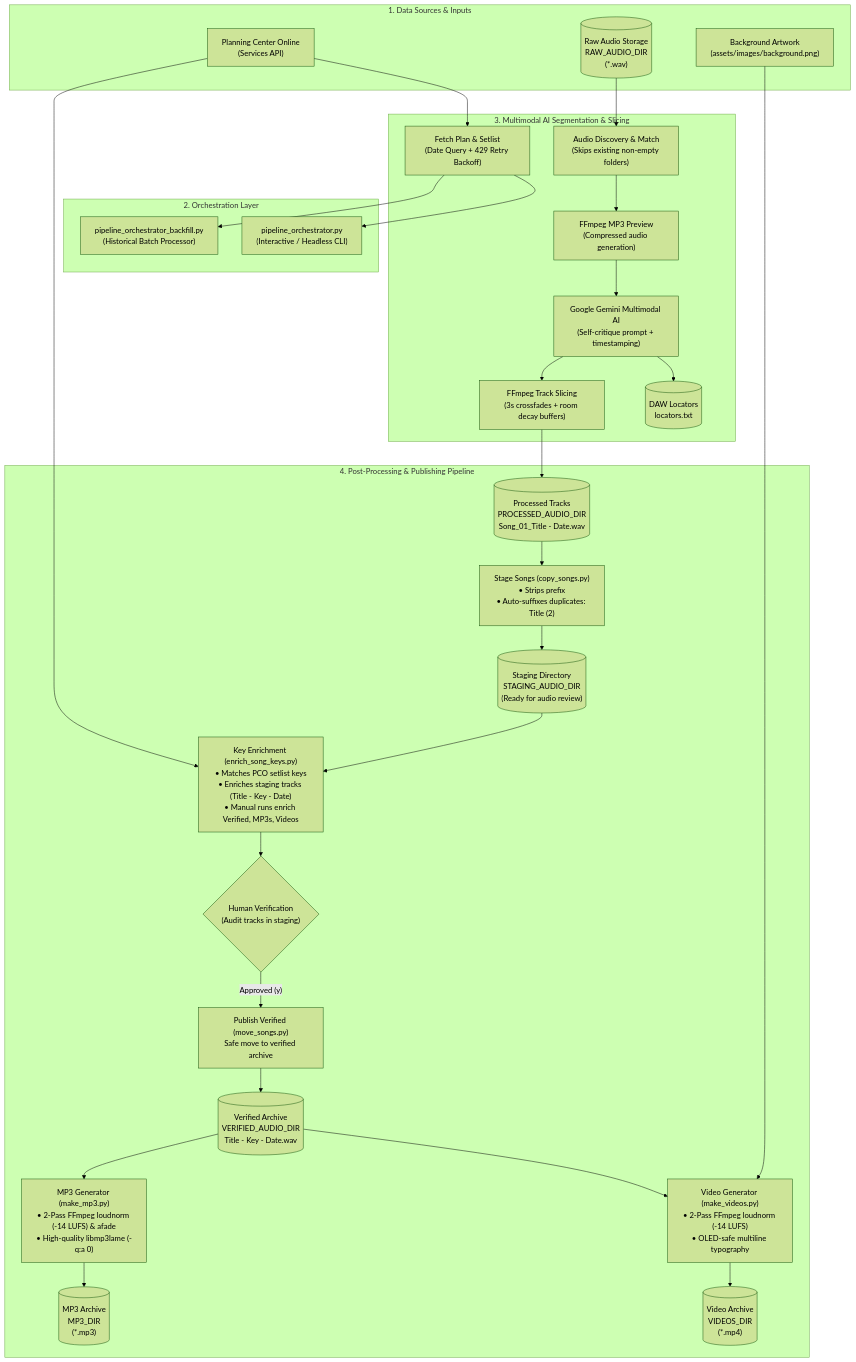
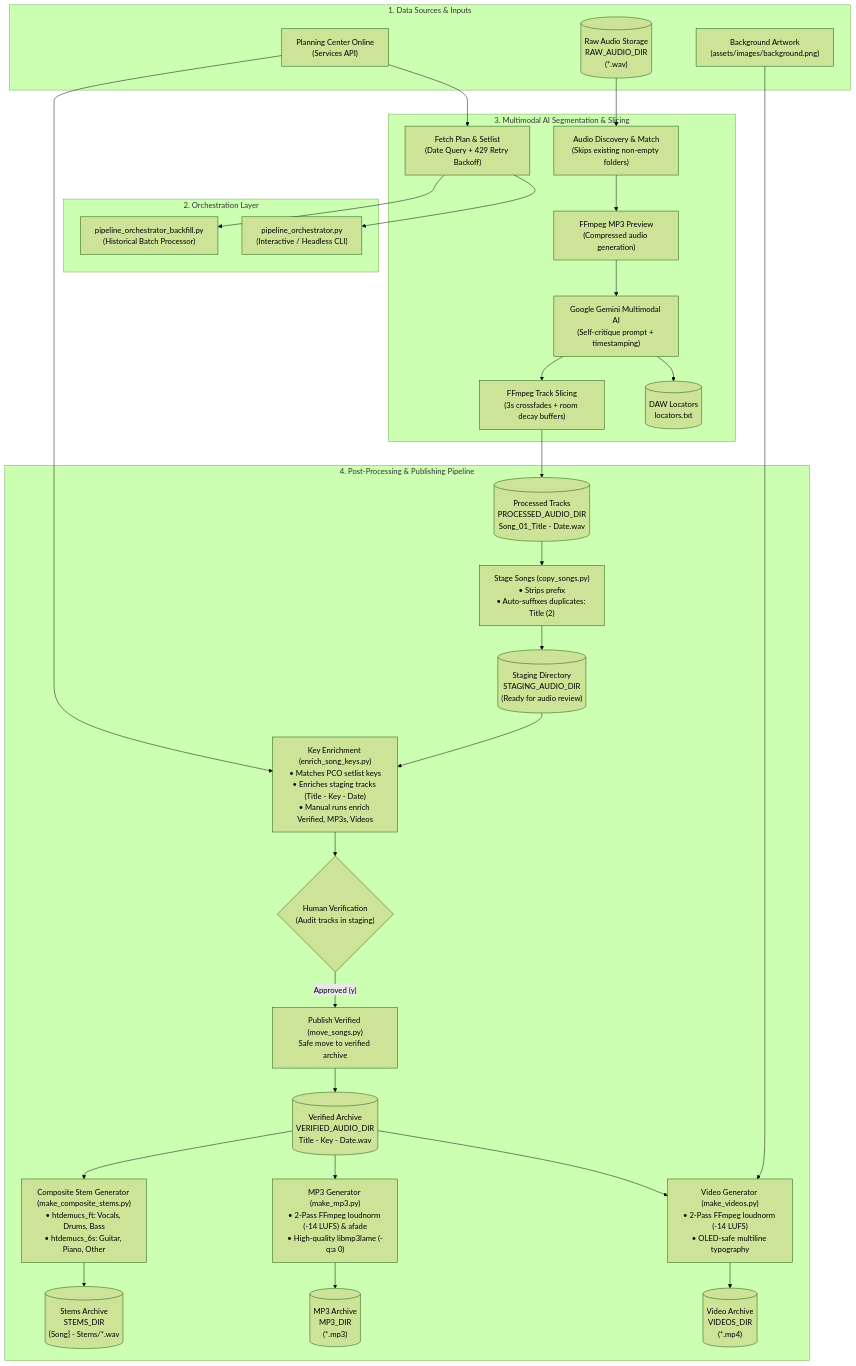
Before and after one commit to m4dc0w/song-recording-catalog-pipeline: the diagram in README.md, drawn with Mermaid (forest theme). The commit also changed other lines of this file and 11 other files, not shown here.

First line of the commit message:
feat: add Demucs-based composite stem generation

````diff
--- a/README.md
+++ b/README.md
@@ -29,64 +30,68 @@
 ```mermaid
 flowchart TD
     %% External Inputs & APIs
     subgraph Inputs["1. Data Sources & Inputs"]
         PCO["Planning Center Online<br/>(Services API)"]
         RawAudio[("Raw Audio Storage<br/>RAW_AUDIO_DIR<br/>(*.wav)")]
         BgImage["Background Artwork<br/>(assets/images/background.png)"]
     end
 
     %% Orchestrators
     subgraph Orchestration["2. Orchestration Layer"]
         CLI["pipeline_orchestrator.py<br/>(Interactive / Headless CLI)"]
         Backfill["pipeline_orchestrator_backfill.py<br/>(Historical Batch Processor)"]
     end
 
     %% Ingestion & AI Segmentation
     subgraph Segmentation["3. Multimodal AI Segmentation & Slicing"]
         FetchPlan["Fetch Plan & Setlist<br/>(Date Query + 429 Retry Backoff)"]
         MatchAudio["Audio Discovery & Match<br/>(Skips existing non-empty folders)"]
         Downsample["FFmpeg MP3 Preview<br/>(Compressed audio generation)"]
         Gemini["Google Gemini Multimodal AI<br/>(Self-critique prompt + timestamping)"]
         Slicer["FFmpeg Track Slicing<br/>(3s crossfades + room decay buffers)"]
         DawMarkers[("DAW Locators<br/>locators.txt")]
     end
 
     %% Storage & Post Processing
     subgraph PostProcessing["4. Post-Processing & Publishing Pipeline"]
         Processed[("Processed Tracks<br/>PROCESSED_AUDIO_DIR<br/>Song_01_Title - Date.wav")]
         Stage["Stage Songs (copy_songs.py)<br/>• Strips prefix<br/>• Auto-suffixes duplicates: Title (2)"]
         Staging[("Staging Directory<br/>STAGING_AUDIO_DIR<br/>(Ready for audio review)")]
         EnrichKeys["Key Enrichment (enrich_song_keys.py)<br/>• Matches PCO setlist keys<br/>• Enriches staging tracks (Title - Key - Date)<br/>• Manual runs enrich Verified, MP3s, Videos"]
         Verify{"Human Verification<br/>(Audit tracks in staging)"}
         Move["Publish Verified (move_songs.py)<br/>Safe move to verified archive"]
         Verified[("Verified Archive<br/>VERIFIED_AUDIO_DIR<br/>Title - Key - Date.wav")]
         MakeVideo["Video Generator (make_videos.py)<br/>• 2-Pass FFmpeg loudnorm (-14 LUFS)<br/>• OLED-safe multiline typography"]
         Videos[("Video Archive<br/>VIDEOS_DIR<br/>(*.mp4)")]
         MakeMP3["MP3 Generator (make_mp3.py)<br/>• 2-Pass FFmpeg loudnorm (-14 LUFS) & afade<br/>• High-quality libmp3lame (-q:a 0)"]
         MP3s[("MP3 Archive<br/>MP3_DIR<br/>(*.mp3)")]
+        MakeStems["Composite Stem Generator (make_composite_stems.py)<br/>• htdemucs_ft: Vocals, Drums, Bass<br/>• htdemucs_6s: Guitar, Piano, Other"]
+        Stems[("Stems Archive<br/>STEMS_DIR<br/>{Song} - Stems/*.wav")]
     end
 
     %% Connections
     PCO --> FetchPlan
     RawAudio --> MatchAudio
     FetchPlan --> CLI
     FetchPlan --> Backfill
     MatchAudio --> Downsample
     Downsample --> Gemini
     Gemini --> DawMarkers
     Gemini --> Slicer
     Slicer --> Processed
 
     Processed --> Stage
     Stage --> Staging
     Staging --> EnrichKeys
     PCO --> EnrichKeys
     EnrichKeys --> Verify
     Verify -- "Approved (y)" --> Move
     Move --> Verified
     Verified --> MakeVideo
     BgImage --> MakeVideo
     MakeVideo --> Videos
     Verified --> MakeMP3
     MakeMP3 --> MP3s
+    Verified --> MakeStems
+    MakeStems --> Stems
 ```
````
